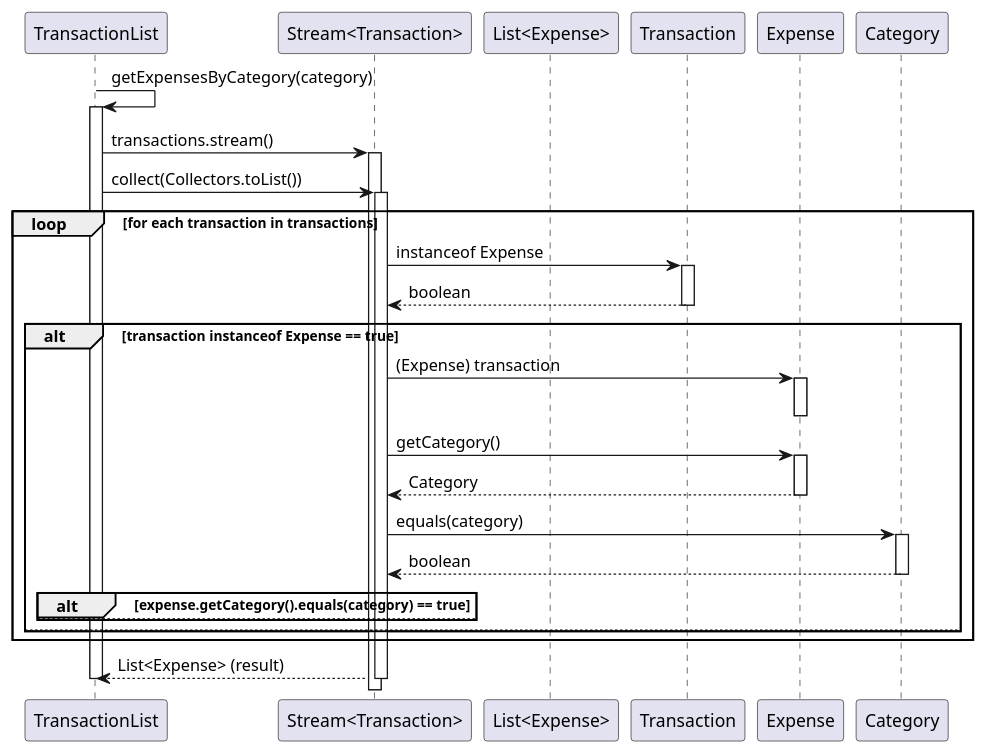
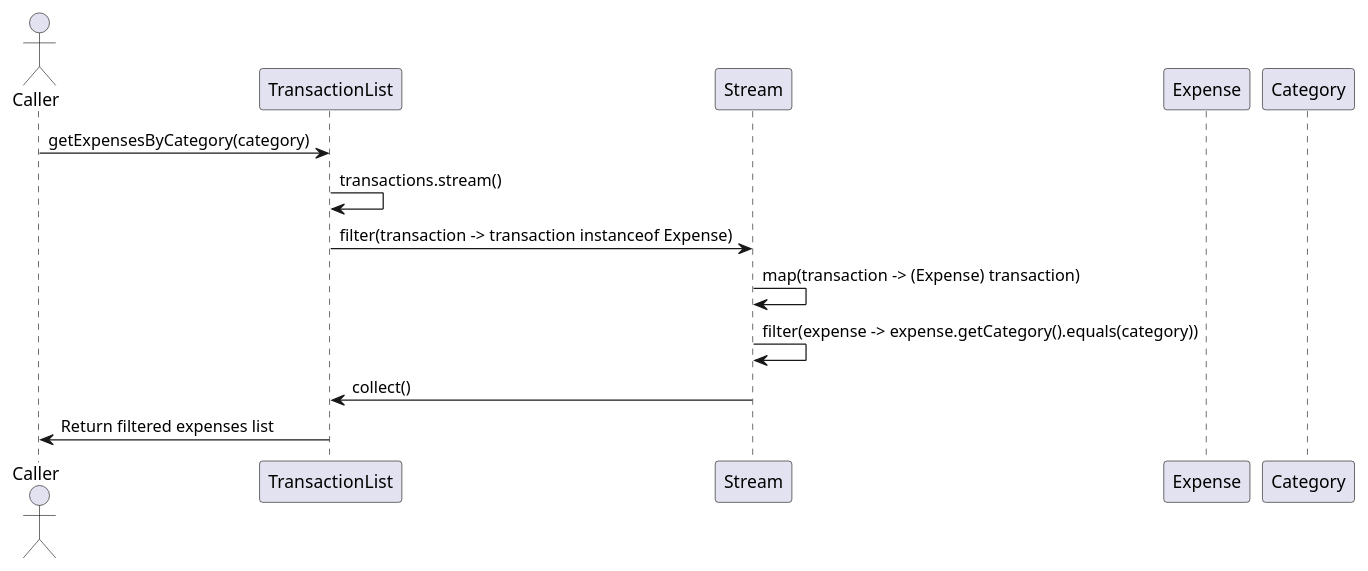
Before and after one commit to nus-cs2113-AY2425S1/tp: the diagram in docs/plantUMLCode/getexpensesbycategory-sequence-diagram.puml, drawn with PlantUML. The commit also changed 4 other files, not shown here.

Commit message:
Add high-level architecture

```diff
--- a/docs/plantUMLCode/getexpensesbycategory-sequence-diagram.puml
+++ b/docs/plantUMLCode/getexpensesbycategory-sequence-diagram.puml
@@ -1,58 +1,15 @@
 @startuml
+actor Caller
 participant "TransactionList" as TL
-participant "Stream<Transaction>" as Stream
-participant "List<Expense>" as ResultList
-participant "Transaction" as Transaction
+participant "Stream" as Stream
 participant "Expense" as Expense
 participant "Category" as Category
 
-TL -> TL: getExpensesByCategory(category)
-activate TL
-
-TL -> Stream: transactions.stream()
-activate Stream
-
-' The terminal operation collect triggers execution
-TL -> Stream: collect(Collectors.toList())
-activate Stream
-
-loop for each transaction in transactions
-    ' First filter: transaction instanceof Expense
-    Stream -> Transaction: instanceof Expense
-    activate Transaction
-    Transaction --> Stream: boolean
-    deactivate Transaction
-
-    alt transaction instanceof Expense == true
-        ' Map: (Expense) transaction
-        Stream -> Expense: (Expense) transaction
-        activate Expense
-        deactivate Expense
-
-        ' Second filter: expense.getCategory().equals(category)
-        Stream -> Expense: getCategory()
-        activate Expense
-        Expense --> Stream: Category
-        deactivate Expense
-
-        Stream -> Category: equals(category)
-        activate Category
-        Category --> Stream: boolean
-        deactivate Category
-
-        alt expense.getCategory().equals(category) == true
-            ' Include in result list
-        else
-            ' Exclude from result list
-        end
-    else
-        ' Skip transaction
-    end
-end
-
-' Collect the results into a list
-Stream --> TL: List<Expense> (result)
-deactivate Stream
-
-deactivate TL
+Caller -> TL : getExpensesByCategory(category)
+TL -> TL : transactions.stream()
+TL -> Stream : filter(transaction -> transaction instanceof Expense)
+Stream -> Stream : map(transaction -> (Expense) transaction)
+Stream -> Stream : filter(expense -> expense.getCategory().equals(category))
+Stream -> TL : collect()
+TL -> Caller : Return filtered expenses list
 @enduml
```
